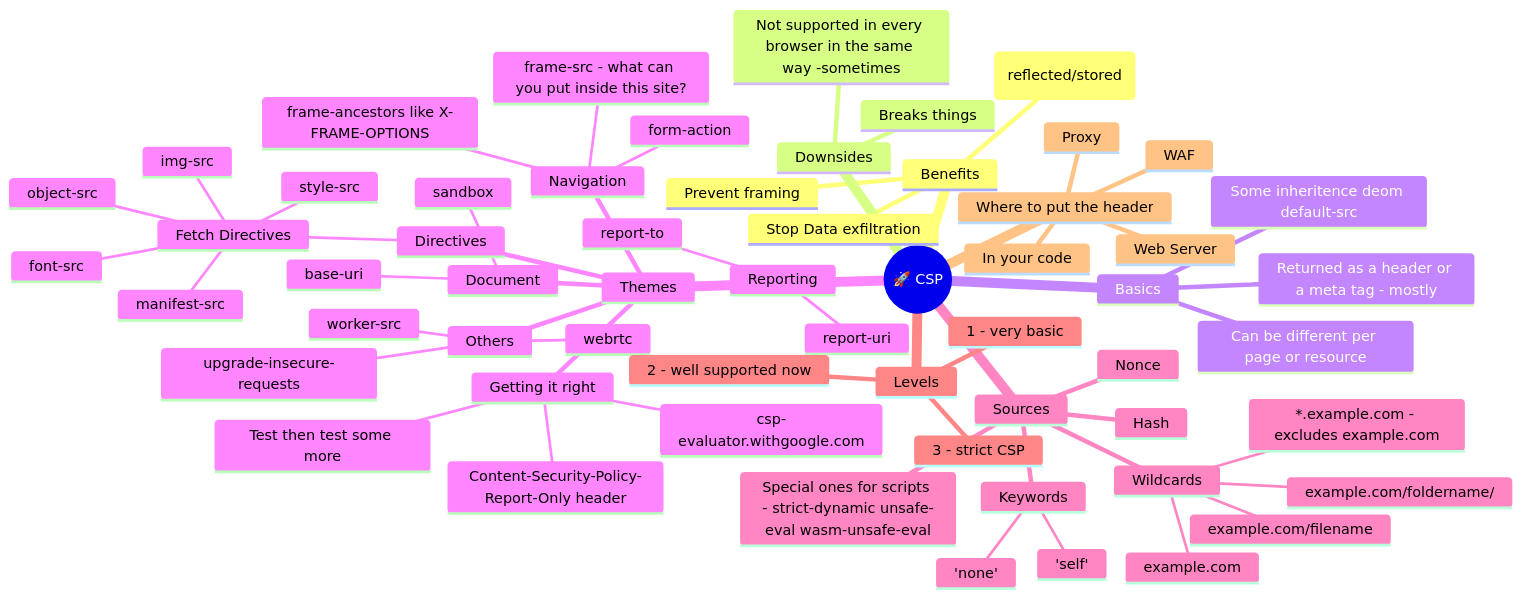
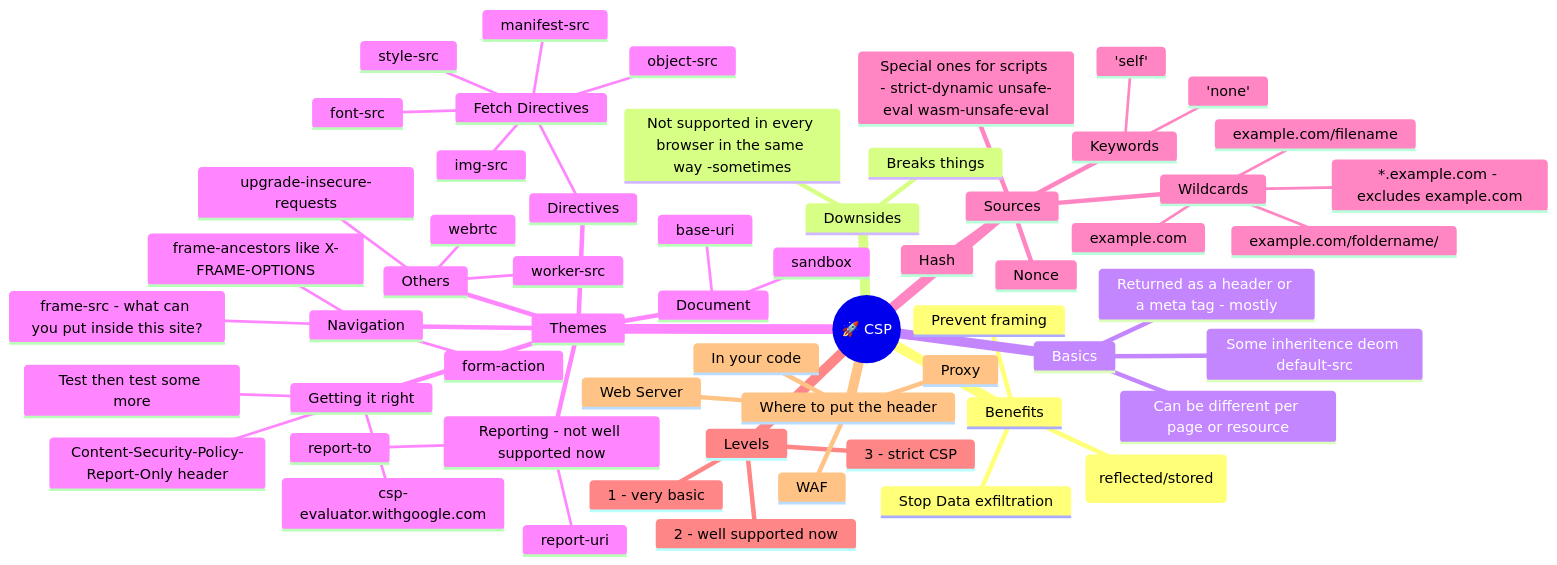
Before and after one commit to gitstua/Mindmaps: the diagram in csp.md, drawn with Mermaid.

Commit message:
Update CSP documentation for Reporting section
Clarify reporting support status in CSP documentation

````diff
--- a/csp.md
+++ b/csp.md
@@ -3,64 +3,64 @@
 ```mermaid
 mindmap
   root((🚀 CSP ))
     Benefits
       XSS (reflected/stored)
       Stop Data exfiltration
       Prevent framing
     Downsides
       Breaks things
       Not supported in every browser in the same way -sometimes
     Basics
       Returned as a header or a meta tag - mostly
       Can be different per page or resource
       Some inheritence deom default-src
     Themes
       Directives
         Fetch Directives
           manifest-src
           img-src
           font-src
           object-src
           style-src
       Navigation
         frame-ancestors like X-FRAME-OPTIONS
         frame-src - what can you put inside this site?
         form-action
-      Reporting
+      Reporting - not well supported now
         report-uri
         report-to
       Document
         sandbox
         base-uri
       Others
         worker-src
         webrtc
         upgrade-insecure-requests
       Getting it right
         Content-Security-Policy-Report-Only header
         Test then test some more
         csp-evaluator.withgoogle.com
     Sources
       Keywords
         'self'
         'none'
       Hash
       Nonce
       Wildcards
         *.example.com - excludes example.com
         example.com
         example.com/filename
         example.com/foldername/
       Special ones for scripts - strict-dynamic unsafe-eval wasm-unsafe-eval
     Levels
       1 - very basic
       2 - well supported now
       3 - strict CSP
     Where to put the header
       In your code
       Web Server
       WAF
       Proxy
       
         
 ```
````
